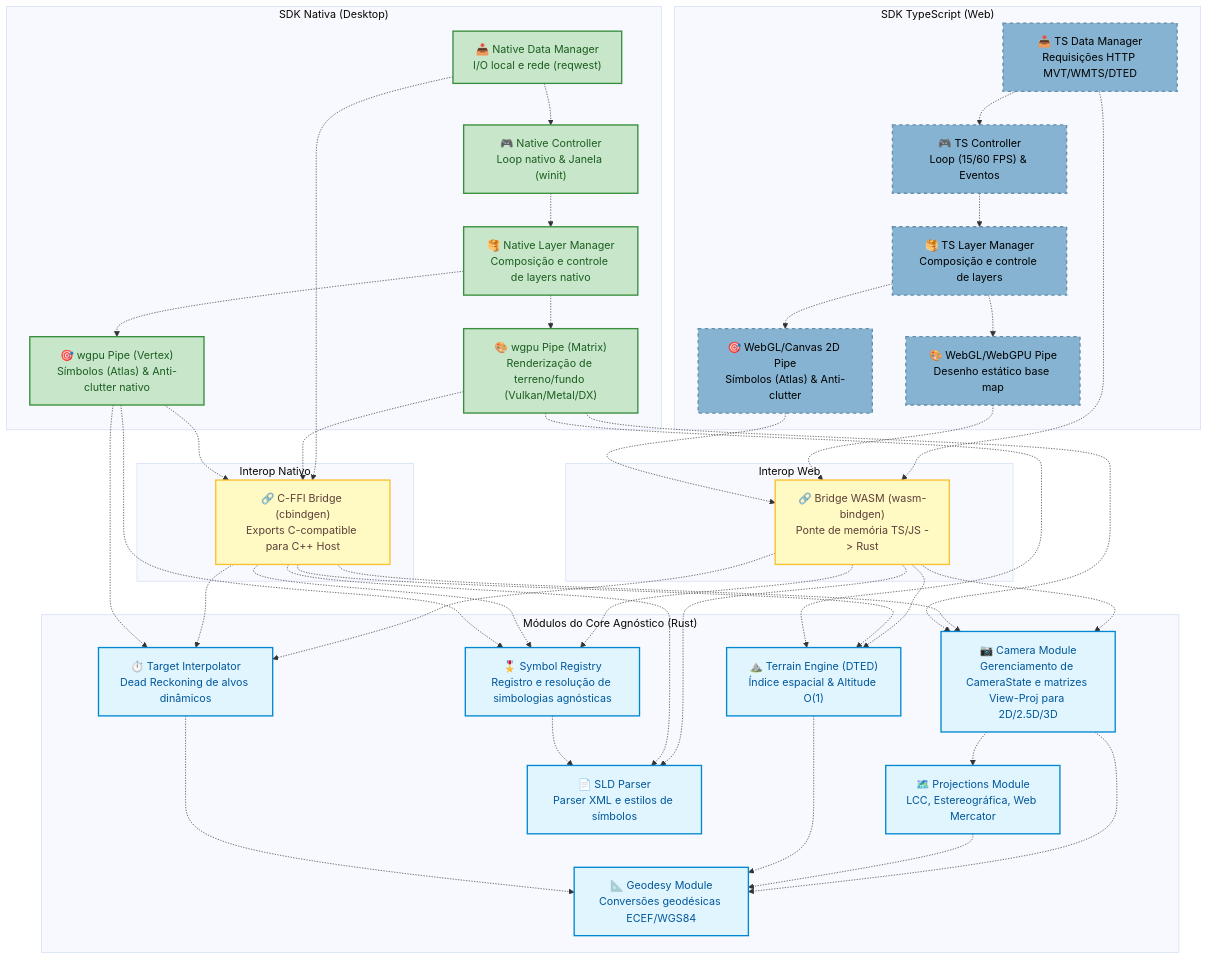
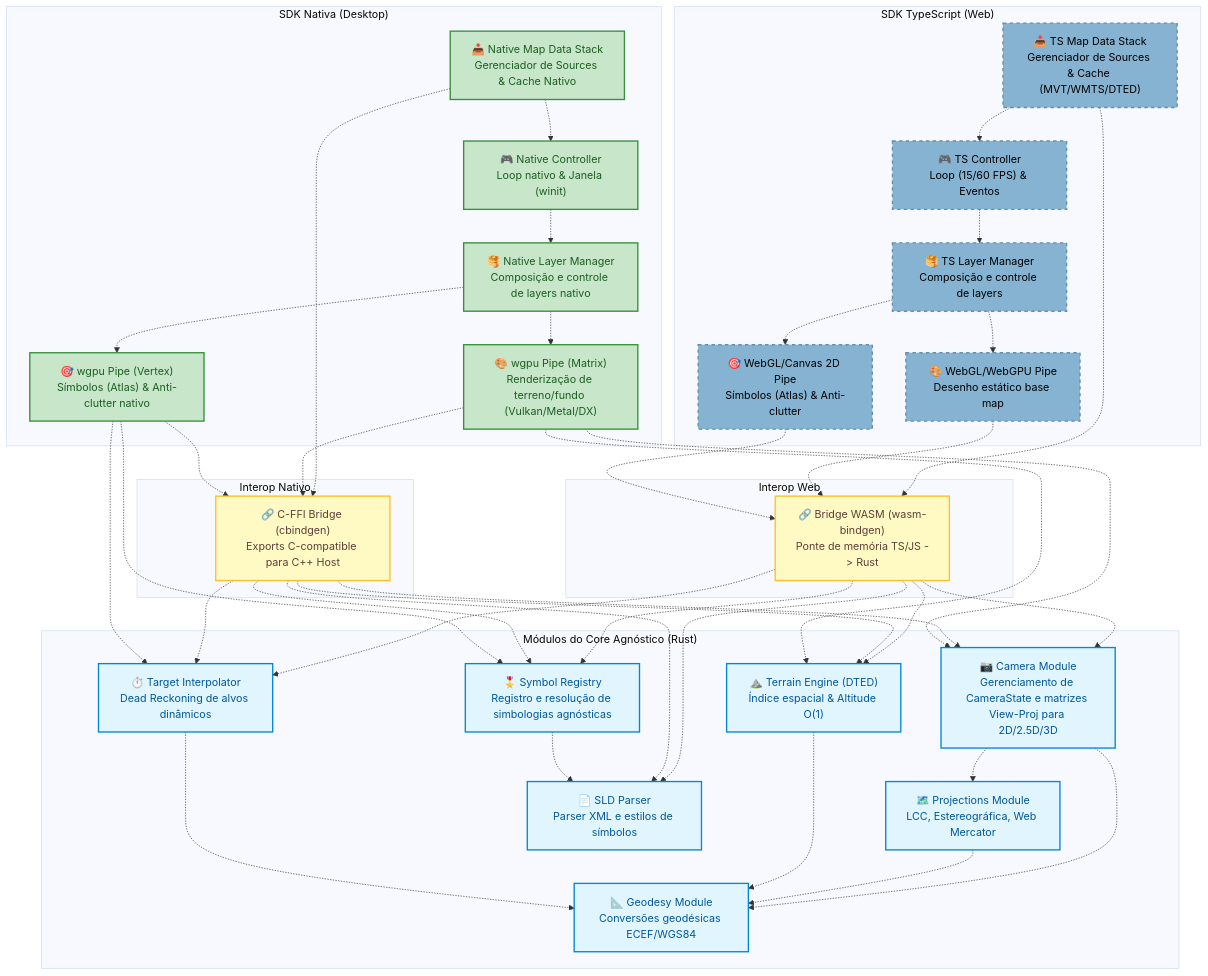
Before and after one commit to rodoni/olayer: the third of 5 diagrams in docs/arch.md, drawn with Mermaid (base theme). The commit also changed other lines of this file and 22 other files, not shown here.

```diff
--- a/docs/arch.md
+++ b/docs/arch.md
@@ -136,7 +136,7 @@
     subgraph TS_SDK_Comp ["SDK TypeScript (Web)"]
         ts_controller["🎮 TS Controller<br>Loop (15/60 FPS) & Eventos"]:::component
         ts_layer_manager["🥞 TS Layer Manager<br>Composição e controle de layers"]:::component
-        ts_data_manager["📥 TS Data Manager<br>Requisições HTTP MVT/WMTS/DTED"]:::component
+        ts_map_data_stack["📥 TS Map Data Stack<br>Gerenciador de Sources & Cache (MVT/WMTS/DTED)"]:::component
         ts_gpu_pipe["🎨 WebGL/WebGPU Pipe<br>Desenho estático base map"]:::component
         ts_cpu_pipe["🎯 WebGL/Canvas 2D Pipe<br>Símbolos (Atlas) & Anti-clutter"]:::component
     end
@@ -148,7 +148,7 @@
     subgraph Native_SDK_Comp ["SDK Nativa (Desktop)"]
         native_controller["🎮 Native Controller<br>Loop nativo & Janela (winit)"]:::nativeComponent
         native_layer_manager["🥞 Native Layer Manager<br>Composição e controle de layers nativo"]:::nativeComponent
-        native_data_manager["📥 Native Data Manager<br>I/O local e rede (reqwest)"]:::nativeComponent
+        native_map_data_stack["📥 Native Map Data Stack<br>Gerenciador de Sources & Cache Nativo"]:::nativeComponent
         native_gpu_pipe["🎨 wgpu Pipe (Matrix)<br>Renderização de terreno/fundo (Vulkan/Metal/DX)"]:::nativeComponent
         native_cpu_pipe["🎯 wgpu Pipe (Vertex)<br>Símbolos (Atlas) & Anti-clutter nativo"]:::nativeComponent
     end
@@ -171,8 +171,8 @@
     ts_controller --> ts_layer_manager
     ts_layer_manager --> ts_gpu_pipe
     ts_layer_manager --> ts_cpu_pipe
-    ts_data_manager --> ts_controller
-    ts_data_manager --> wasm_bridge
+    ts_map_data_stack --> ts_controller
+    ts_map_data_stack --> wasm_bridge
     ts_gpu_pipe --> wasm_bridge
     ts_cpu_pipe --> wasm_bridge
 
@@ -180,8 +180,8 @@
     native_controller --> native_layer_manager
     native_layer_manager --> native_gpu_pipe
     native_layer_manager --> native_cpu_pipe
-    native_data_manager --> native_controller
-    native_data_manager --> ffi_bridge
+    native_map_data_stack --> native_controller
+    native_map_data_stack --> ffi_bridge
     native_gpu_pipe --> ffi_bridge
     native_cpu_pipe --> ffi_bridge
     
```
